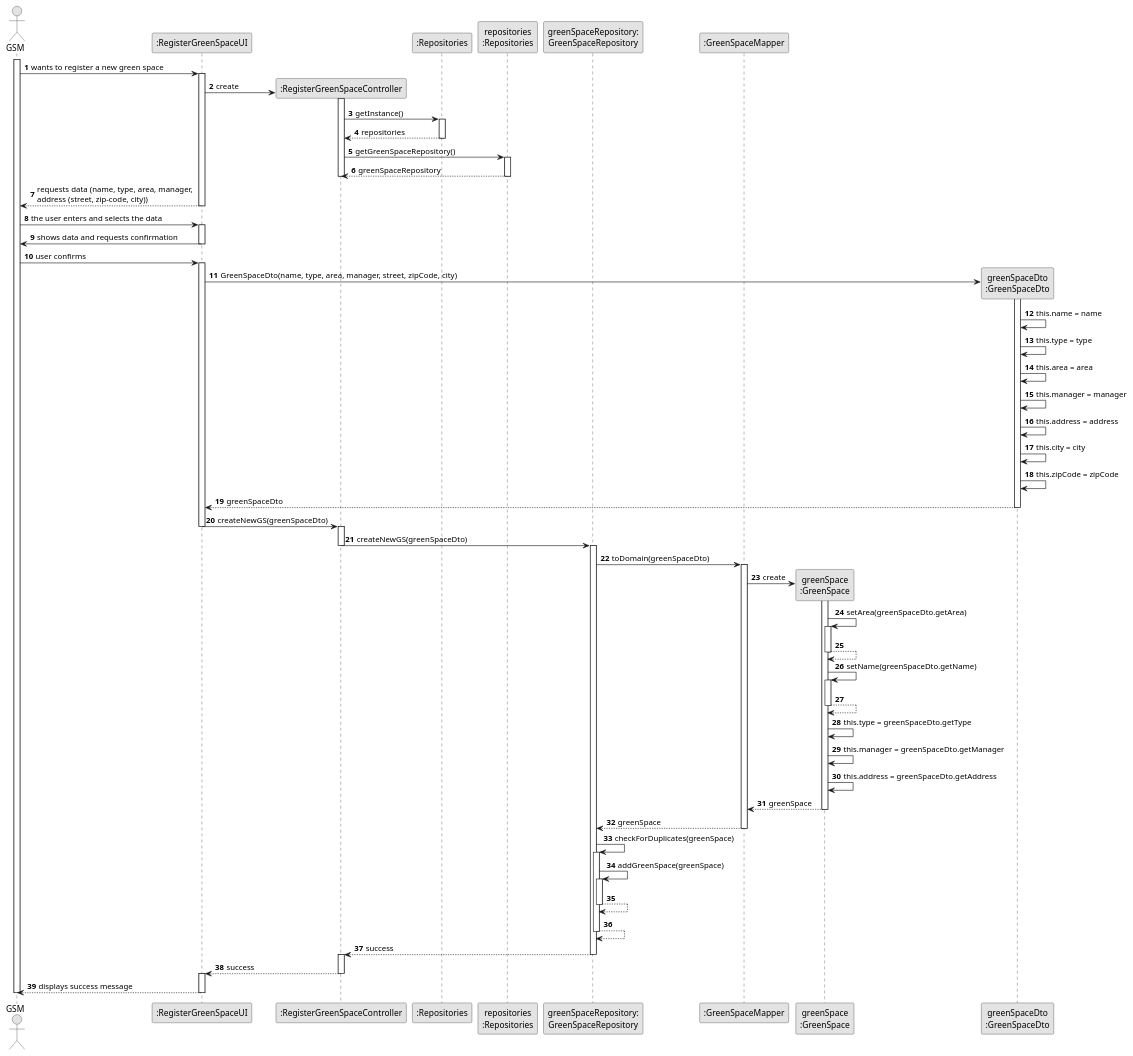
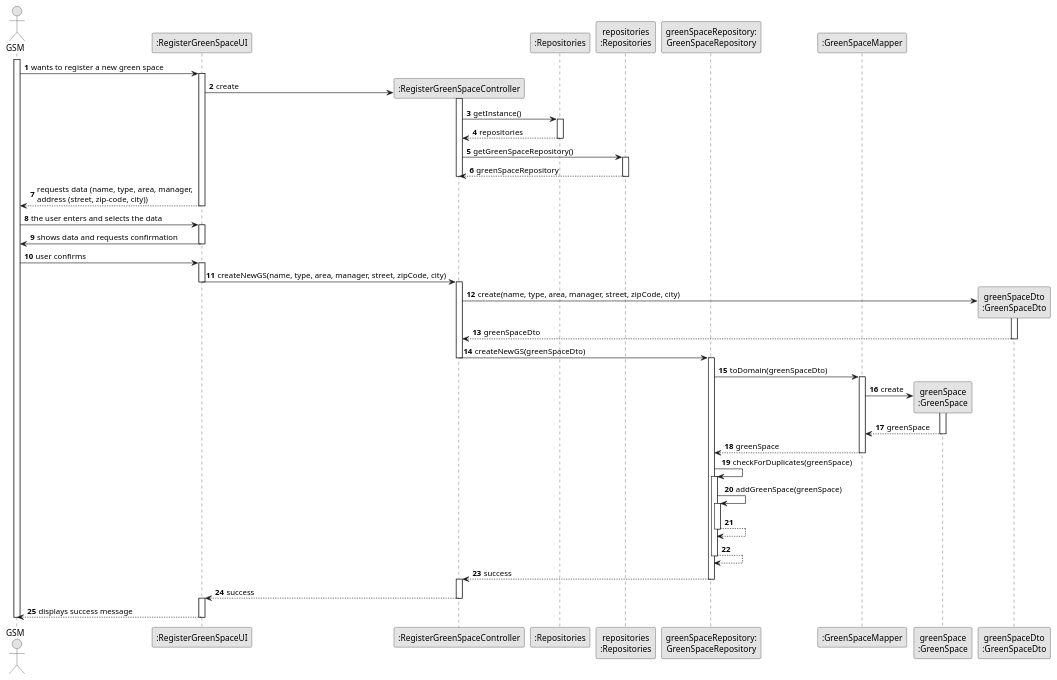
One commit to ricardomm7/leaflink changed the diagram in docs/sprintC/us020/03.design/puml/us020-sequence-diagram-full.puml. Above: the diagram before and after it, drawn with PlantUML. The commit also changed 18 other files, not shown here.

```diff
--- a/docs/sprintC/us020/03.design/puml/us020-sequence-diagram-full.puml
+++ b/docs/sprintC/us020/03.design/puml/us020-sequence-diagram-full.puml
@@ -2,106 +2,85 @@
 @startuml
 skinparam monochrome true
 skinparam packageStyle rectangle
 skinparam shadowing false
 
 'title System Sequence Diagram (SSD) - US020
 
 autonumber
 
 actor "GSM" as GSM
 participant ":RegisterGreenSpaceUI" as UI
 participant ":RegisterGreenSpaceController" as CTRL
 participant ":Repositories" as RepositorySingleton
 participant "repositories\n:Repositories" as PLAT
 participant "greenSpaceRepository:\nGreenSpaceRepository" as gsrepo
 participant ":GreenSpaceMapper" as GSMP
 participant "greenSpace\n:GreenSpace" as GS
 participant "greenSpaceDto\n:GreenSpaceDto" as DTO
 
 activate GSM
 
     GSM -> UI : wants to register a new green space
     activate UI
 
         UI -> CTRL** : create
 activate CTRL
 CTRL -> RepositorySingleton : getInstance()
 activate RepositorySingleton
 RepositorySingleton --> CTRL : repositories
 deactivate RepositorySingleton
 CTRL -> PLAT : getGreenSpaceRepository()
 activate PLAT
 PLAT -->  CTRL: greenSpaceRepository
 deactivate PLAT
 deactivate CTRL
         UI --> GSM : requests data (name, type, area, manager, \naddress (street, zip-code, city))
         deactivate UI
 GSM -> UI : the user enters and selects the data
 activate UI
 UI-> GSM : shows data and requests confirmation
 deactivate UI
 GSM -> UI: user confirms
 activate UI
 
-UI->DTO** : GreenSpaceDto(name, type, area, manager, street, zipCode, city)
-activate DTO
-DTO -> DTO : this.name = name
-DTO -> DTO : this.type = type
-DTO -> DTO : this.area = area
-DTO -> DTO : this.manager = manager
-DTO -> DTO : this.address = address
-DTO -> DTO : this.city = city
-DTO -> DTO : this.zipCode = zipCode
-DTO --> UI : greenSpaceDto
-deactivate DTO
-
-UI -> CTRL : createNewGS(greenSpaceDto)
+UI -> CTRL : createNewGS(name, type, area, manager, street, zipCode, city)
 deactivate UI
 activate CTRL
+CTRL->DTO** : create(name, type, area, manager, street, zipCode, city)
+activate DTO
+DTO --> CTRL : greenSpaceDto
+deactivate DTO
 CTRL -> gsrepo : createNewGS(greenSpaceDto)
 deactivate CTRL
 activate gsrepo
 gsrepo -> GSMP : toDomain(greenSpaceDto)
 activate GSMP
 
 GSMP -> GS** : create
 
 activate GS
-GS -> GS : setArea(greenSpaceDto.getArea)
-activate GS
-GS --> GS
-deactivate GS
 
-GS -> GS : setName(greenSpaceDto.getName)
-activate GS
-GS --> GS
-deactivate GS
-
-GS -> GS : this.type = greenSpaceDto.getType
-
-GS -> GS : this.manager = greenSpaceDto.getManager
-GS -> GS : this.address = greenSpaceDto.getAddress
 
 GS --> GSMP : greenSpace
 deactivate GS
 GSMP --> gsrepo : greenSpace
 deactivate GSMP
 gsrepo -> gsrepo : checkForDuplicates(greenSpace)
 activate gsrepo
 gsrepo -> gsrepo : addGreenSpace(greenSpace)
 activate gsrepo
 gsrepo-->gsrepo
 deactivate gsrepo
 gsrepo-->gsrepo
 deactivate gsrepo
 gsrepo --> CTRL : success
 deactivate gsrepo
 activate CTRL
 CTRL --> UI : success
 deactivate CTRL
 activate UI
 UI-->GSM:displays success message
 deactivate UI
 deactivate GSM
 
 @enduml
```
